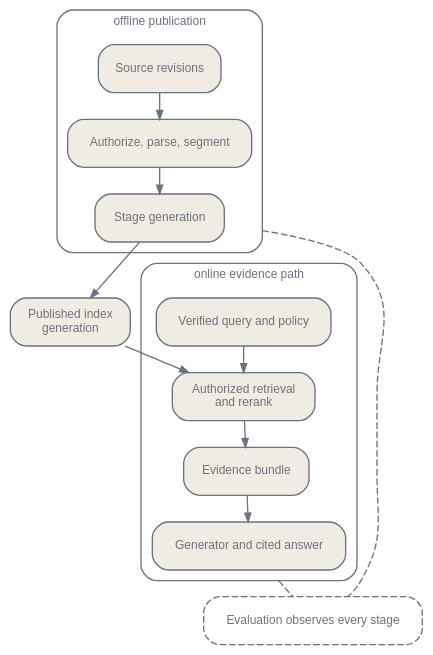
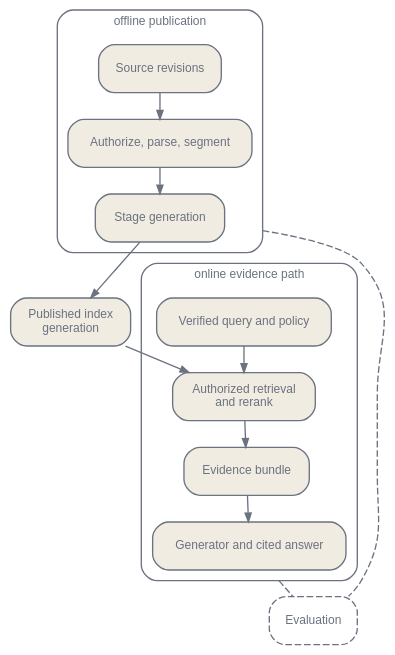
One commit to latere-ai/ai-as-an-infrastructure changed the first of 3 diagrams in en/practice/06-retrieval-and-documents.qmd. Above: the diagram before and after it, drawn with Graphviz. The commit also changed 1 other file, not shown here.

Commit message:
practice: shorter evaluation node in the retrieval release diagram

````diff
--- a/en/practice/06-retrieval-and-documents.qmd
+++ b/en/practice/06-retrieval-and-documents.qmd
@@ -33,34 +33,34 @@
 ```{dot}
 //| label: fig-retrieval-pipeline
 //| fig-cap: "A retrieval release has an offline publication path and an authorized online evidence path."
 digraph {
   bgcolor="transparent";
   rankdir=TB;
   graph [nodesep=0.18, ranksep=0.28];
   node [shape=box, style="rounded,filled", fontname="Helvetica", fontsize=9,
         color="#6b7280", fontcolor="#6b7280", fillcolor="#f1ece1",
         penwidth=1.0, margin="0.12,0.08"];
   edge [color="#6b7280", arrowsize=0.65];
   compound=true;
   subgraph cluster_offline {
     label="offline publication"; style=rounded; color="#6b7280"; fontcolor="#6b7280"; fontname="Helvetica"; fontsize=9;
     S [label="Source revisions"];
     I [label="Authorize, parse, segment"];
     P [label="Stage generation"];
     S -> I -> P;
   }
   G [label="Published index\ngeneration"];
   subgraph cluster_online {
     label="online evidence path"; style=rounded; color="#6b7280"; fontcolor="#6b7280"; fontname="Helvetica"; fontsize=9;
     Q [label="Verified query and policy"];
     R [label="Authorized retrieval\nand rerank"];
     E [label="Evidence bundle"];
     A [label="Generator and cited answer"];
     Q -> R -> E -> A;
   }
-  V [label="Evaluation observes every stage", style="rounded,dashed"];
+  V [label="Evaluation", style="rounded,dashed"];
   P -> G -> R;
   P -> V [ltail=cluster_offline, style=dashed, arrowhead=none];
   A -> V [ltail=cluster_online, style=dashed, arrowhead=none];
 }
 ```
````
